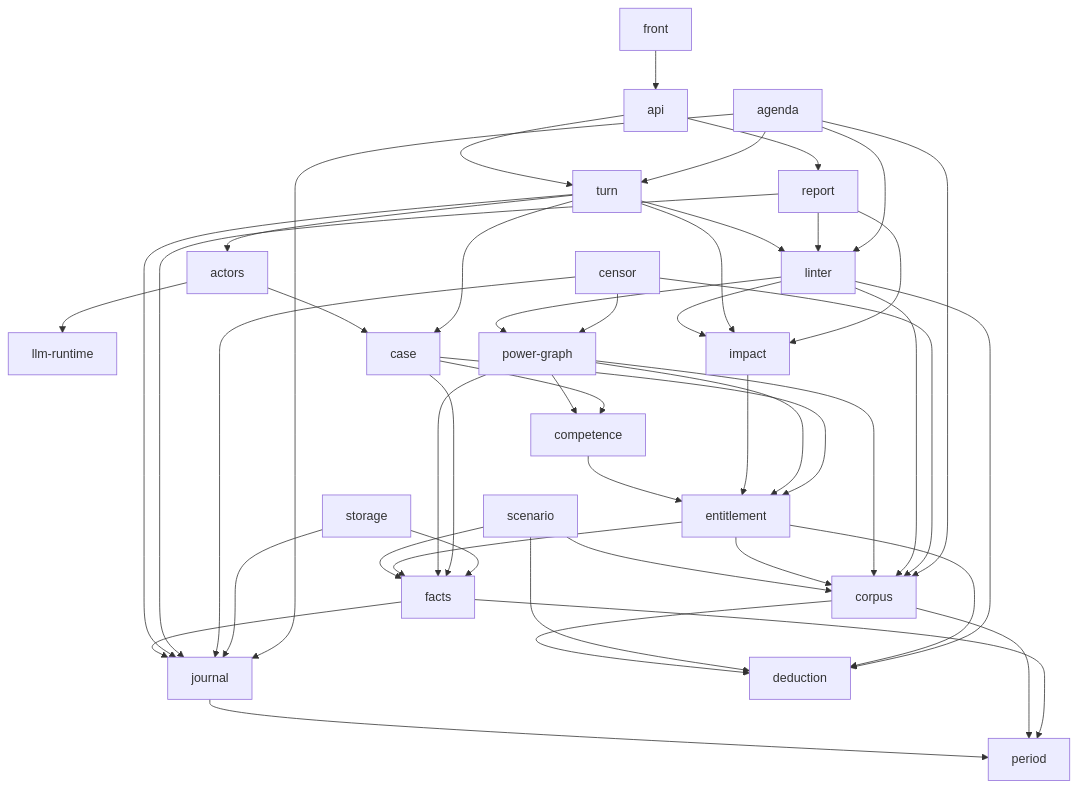
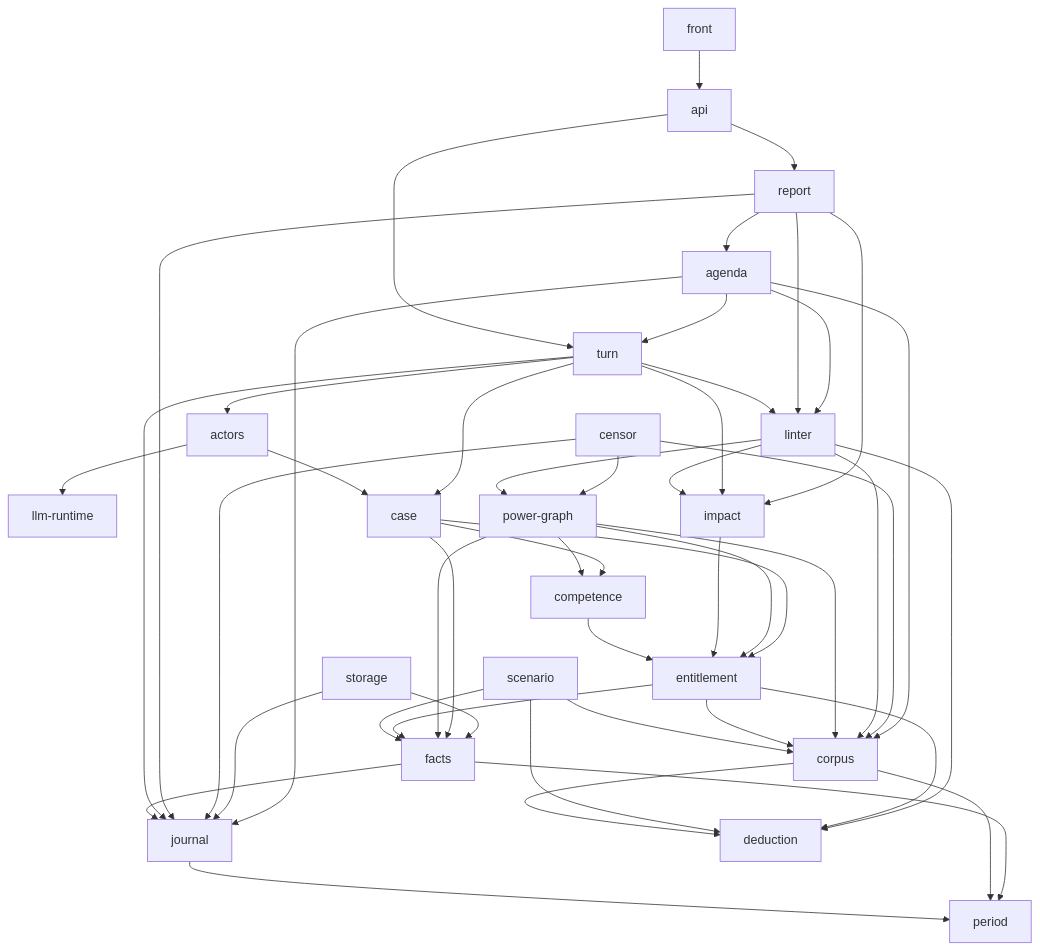
One commit to heaprip/intercessio changed the fourth of 4 diagrams in docs/design/README.md. Above: the diagram before and after it, drawn with Mermaid. The commit also changed 4 other files, not shown here.

First line of the commit message:
Record the period report, its dependency on agenda and the stack mode

````diff
--- a/docs/design/README.md
+++ b/docs/design/README.md
@@ -174,52 +174,53 @@
 ```mermaid
 flowchart TD
   %% components
   llm_runtime[llm-runtime]
   power_graph[power-graph]
   journal --> period
   corpus --> period
   corpus --> deduction
   facts --> period
   facts --> journal
   scenario --> corpus
   scenario --> facts
   scenario --> deduction
   entitlement --> corpus
   entitlement --> facts
   entitlement --> deduction
   competence --> entitlement
   impact --> entitlement
   power_graph --> corpus
   power_graph --> facts
   power_graph --> competence
   power_graph --> entitlement
   linter --> corpus
   linter --> deduction
   linter --> impact
   linter --> power_graph
   case --> competence
   case --> facts
   case --> entitlement
   actors --> case
   actors --> llm_runtime
   turn --> case
   turn --> actors
   turn --> impact
   turn --> linter
   turn --> journal
   report --> journal
   report --> linter
   report --> impact
   api --> turn
   api --> report
   front --> api
   censor --> journal
   censor --> corpus
   censor --> power_graph
   storage --> facts
   storage --> journal
   agenda --> linter
   agenda --> journal
   agenda --> corpus
   agenda --> turn
+  report --> agenda
 ```
````
